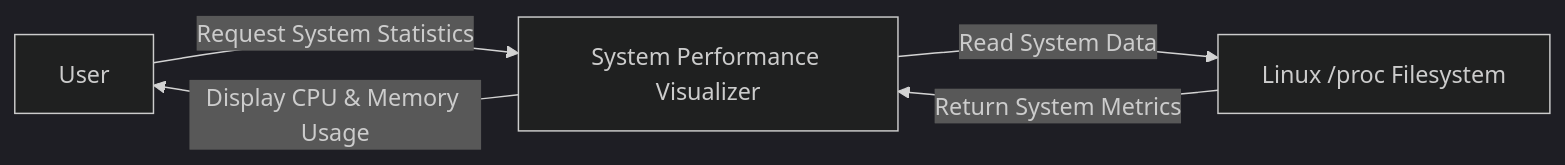
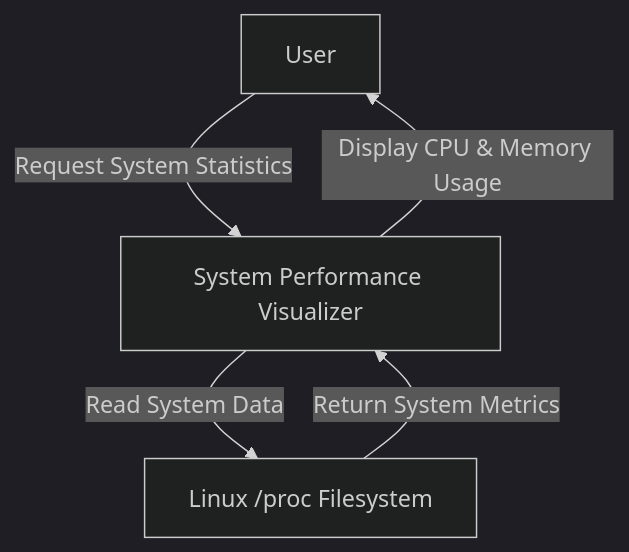
The diagram in docs/diagrams/Data_Flow_Diagram_Level_0.md (SemwalAkhil/system-performance-visualizer), drawn with Mermaid (dark theme) before and after one commit. The commit also changed 6 other files, not shown here.

Commit message:
Updating diagrams

````diff
--- a/docs/diagrams/Data_Flow_Diagram_Level_0.md
+++ b/docs/diagrams/Data_Flow_Diagram_Level_0.md
@@ -1,12 +1,7 @@
 ```mermaid
-flowchart LR
-
-    User["User"]
-    System["System Performance Visualizer"]
-    Kernel["Linux /proc Filesystem"]
-
-    User -->|Request System Statistics| System
-    System -->|Display CPU & Memory Usage| User
-    System -->|Read System Data| Kernel
-    Kernel -->|Return System Metrics| System
+flowchart TB
+    User["User"] -- Request System Statistics --> System["System Performance Visualizer"]
+    System -- Display CPU & Memory Usage --> User
+    System -- Read System Data --> Kernel["Linux /proc Filesystem"]
+    Kernel -- Return System Metrics --> System
 ```
````
